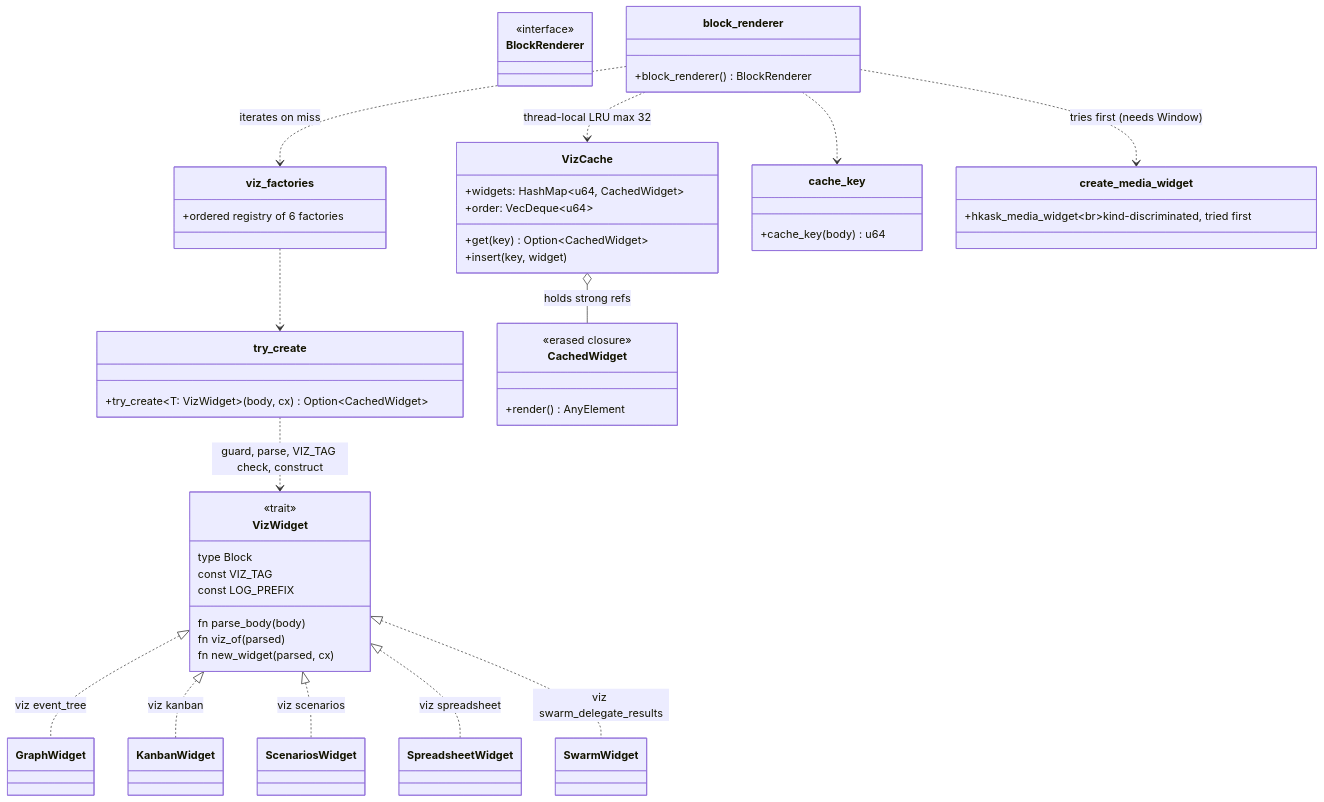
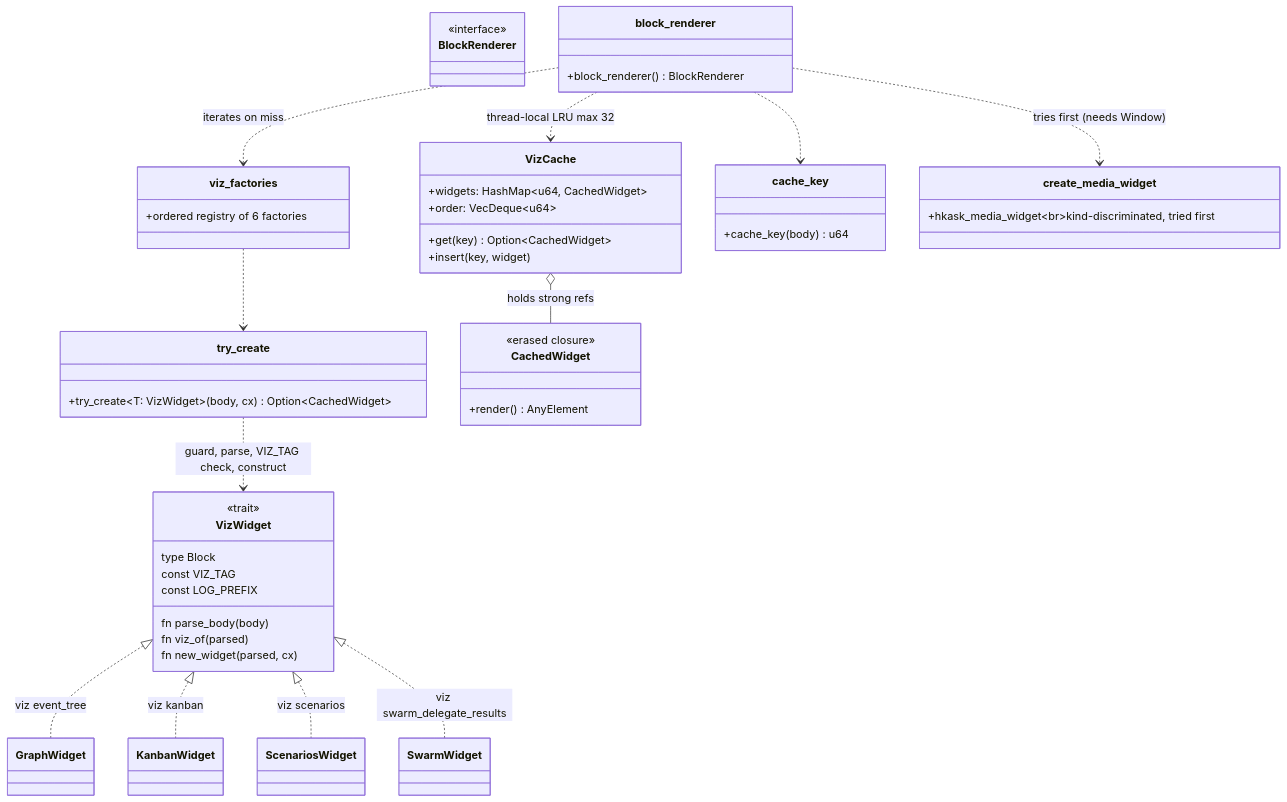
The seventh of 8 diagrams in kask/docs/diagrams/architecture.md (mdz-axo/zed-kask), drawn with Mermaid before and after one commit. The commit also changed other lines of this file and 78 other files, not shown here.

````diff
--- a/kask/docs/diagrams/architecture.md
+++ b/kask/docs/diagrams/architecture.md
@@ -509,53 +510,52 @@
 ```mermaid
 classDiagram
     class BlockRenderer {
         <<interface>>
     }
     class block_renderer {
         +block_renderer() BlockRenderer
     }
     class VizWidget {
         <<trait>>
         type Block
         const VIZ_TAG
         const LOG_PREFIX
         fn parse_body(body)
         fn viz_of(parsed)
         fn new_widget(parsed, cx)
     }
     class try_create {
         +try_create~T: VizWidget~(body, cx) Option~CachedWidget~
     }
     class viz_factories {
         +ordered registry of 6 factories
     }
     class CachedWidget {
         <<erased closure>>
         +render() AnyElement
     }
     class VizCache {
         +widgets: HashMap~u64, CachedWidget~
         +order: VecDeque~u64~
         +get(key) Option~CachedWidget~
         +insert(key, widget)
     }
     class cache_key {
         +cache_key(body) u64
     }
     class create_media_widget {
         +hkask_media_widget<br/>kind-discriminated, tried first
     }
 
     block_renderer ..> create_media_widget : tries first (needs Window)
     block_renderer ..> viz_factories : iterates on miss
     viz_factories ..> try_create
     try_create ..> VizWidget : guard, parse, VIZ_TAG check, construct
     block_renderer ..> VizCache : thread-local LRU max 32
     block_renderer ..> cache_key
     VizCache o-- CachedWidget : holds strong refs
     VizWidget <|.. GraphWidget : viz event_tree
     VizWidget <|.. KanbanWidget : viz kanban
     VizWidget <|.. ScenariosWidget : viz scenarios
-    VizWidget <|.. SpreadsheetWidget : viz spreadsheet
     VizWidget <|.. SwarmWidget : viz swarm_delegate_results
 ```
````
